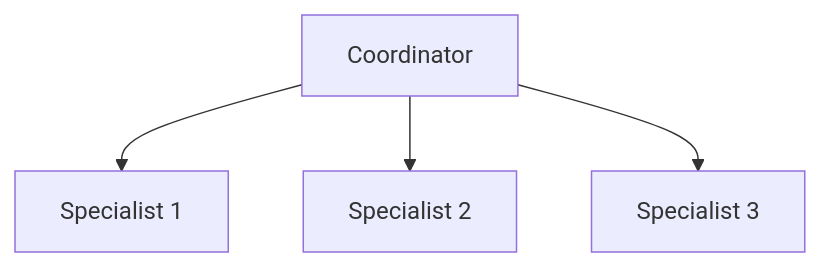
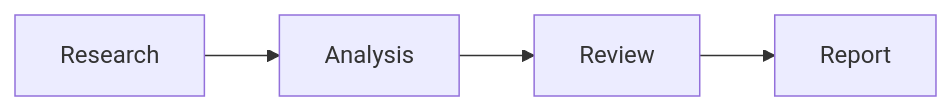
One commit to daniel-was-taken/docs-strands changed the second of 4 diagrams in docs/user-guide/concepts/multi-agent/graph.md. Above: the diagram before and after it, drawn with Mermaid. The commit also changed other lines of this file and 1 other file, not shown here.

Commit message:
docs(multiagent): docs pages for Swarm + Graph (#147)

````diff
--- a/docs/user-guide/concepts/multi-agent/graph.md
+++ b/docs/user-guide/concepts/multi-agent/graph.md
@@ -42,11 +276,4 @@
 ```mermaid
-graph TD
-    Coordinator[Coordinator]
-    Specialist1[Specialist 1]
-    Specialist2[Specialist 2]
-    Specialist3[Specialist 3]
-    
-    Coordinator --> Specialist1
-    Coordinator --> Specialist2
-    Coordinator --> Specialist3
+graph LR
+    A[Research] --> B[Analysis] --> C[Review] --> D[Report]
 ```
````
